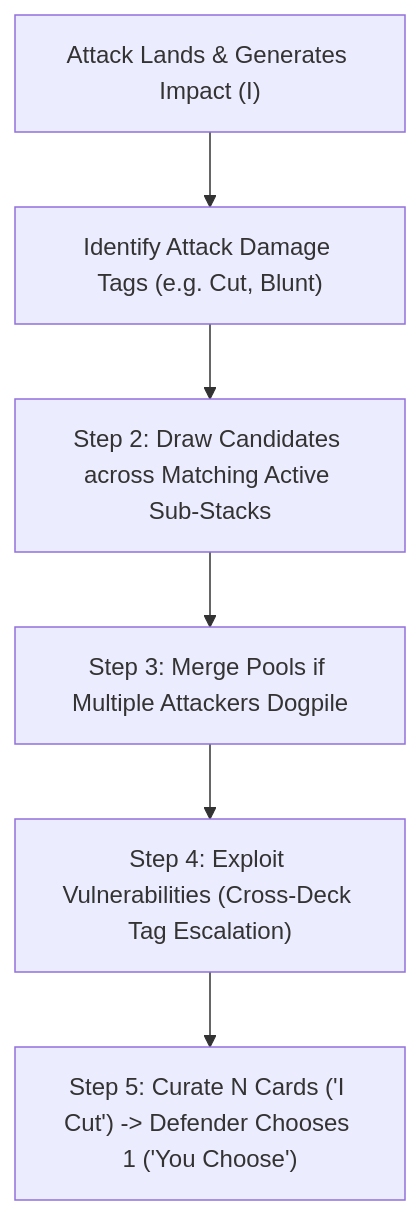
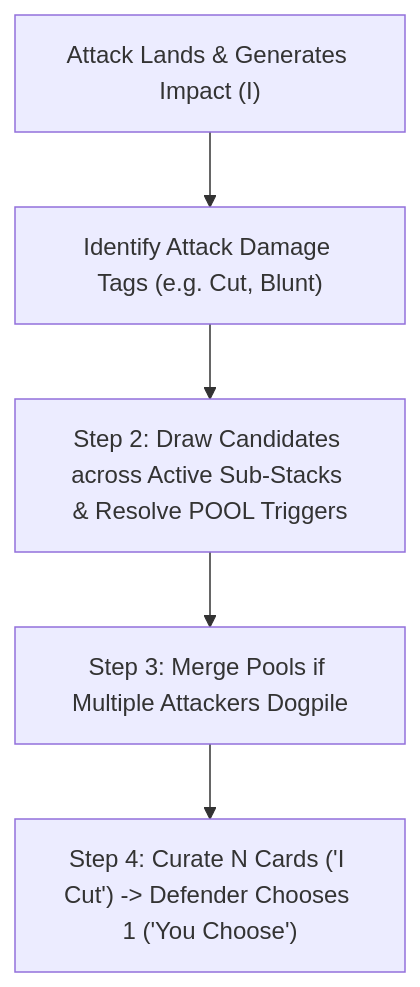
Before and after one commit to tdimiduk/cardpg: the diagram in design/iteration/resolution/candidates/consequence-pool-tag-escalation/multi-deck-integration.md, drawn with Mermaid. The commit also changed other lines of this file and 7 other files, not shown here.

Commit message:
Delegate escalation to cards

````diff
--- a/design/iteration/resolution/candidates/consequence-pool-tag-escalation/multi-deck-integration.md
+++ b/design/iteration/resolution/candidates/consequence-pool-tag-escalation/multi-deck-integration.md
@@ -25,8 +25,7 @@
 ```mermaid
 flowchart TD
     A["Attack Lands & Generates Impact (I)"] --> B["Identify Attack Damage Tags (e.g. Cut, Blunt)"]
-    B --> C["Step 2: Draw Candidates across Matching Active Sub-Stacks"]
+    B --> C["Step 2: Draw Candidates across Active Sub-Stacks & Resolve POOL Triggers"]
     C --> D["Step 3: Merge Pools if Multiple Attackers Dogpile"]
-    D --> E["Step 4: Exploit Vulnerabilities (Cross-Deck Tag Escalation)"]
-    E --> F["Step 5: Curate N Cards ('I Cut') -> Defender Chooses 1 ('You Choose')"]
+    D --> E["Step 4: Curate N Cards ('I Cut') -> Defender Chooses 1 ('You Choose')"]
 ```
````
